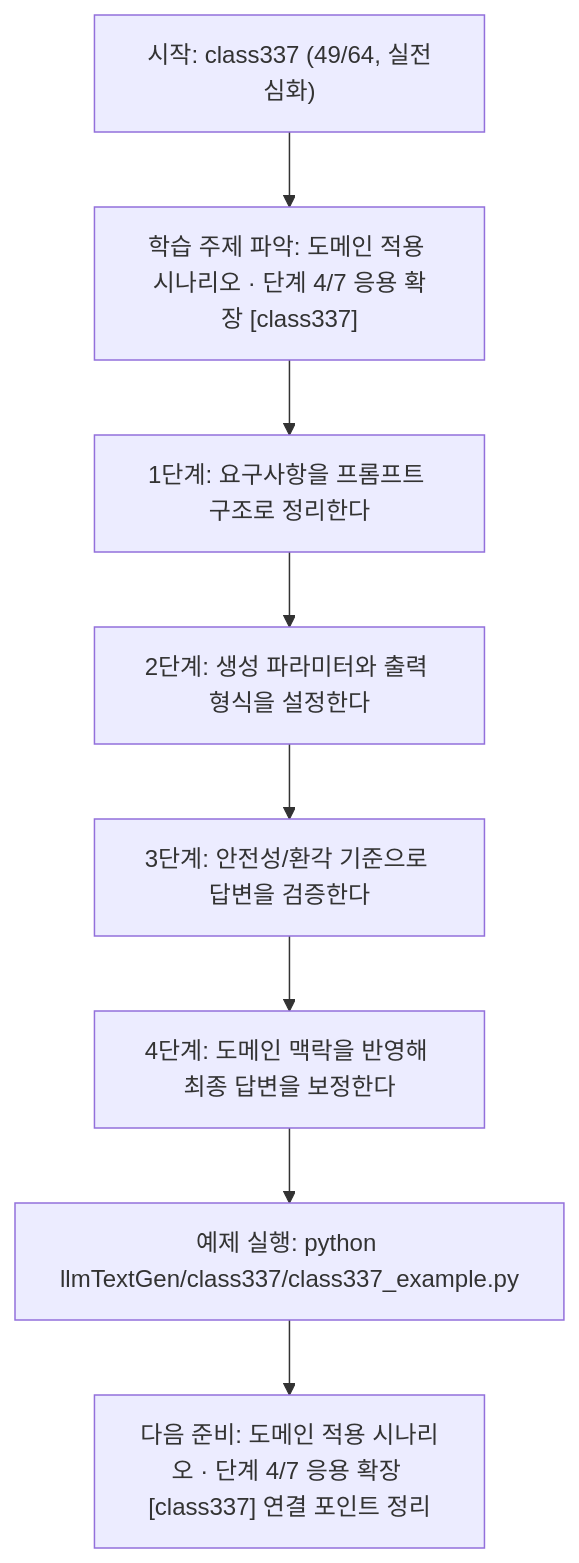
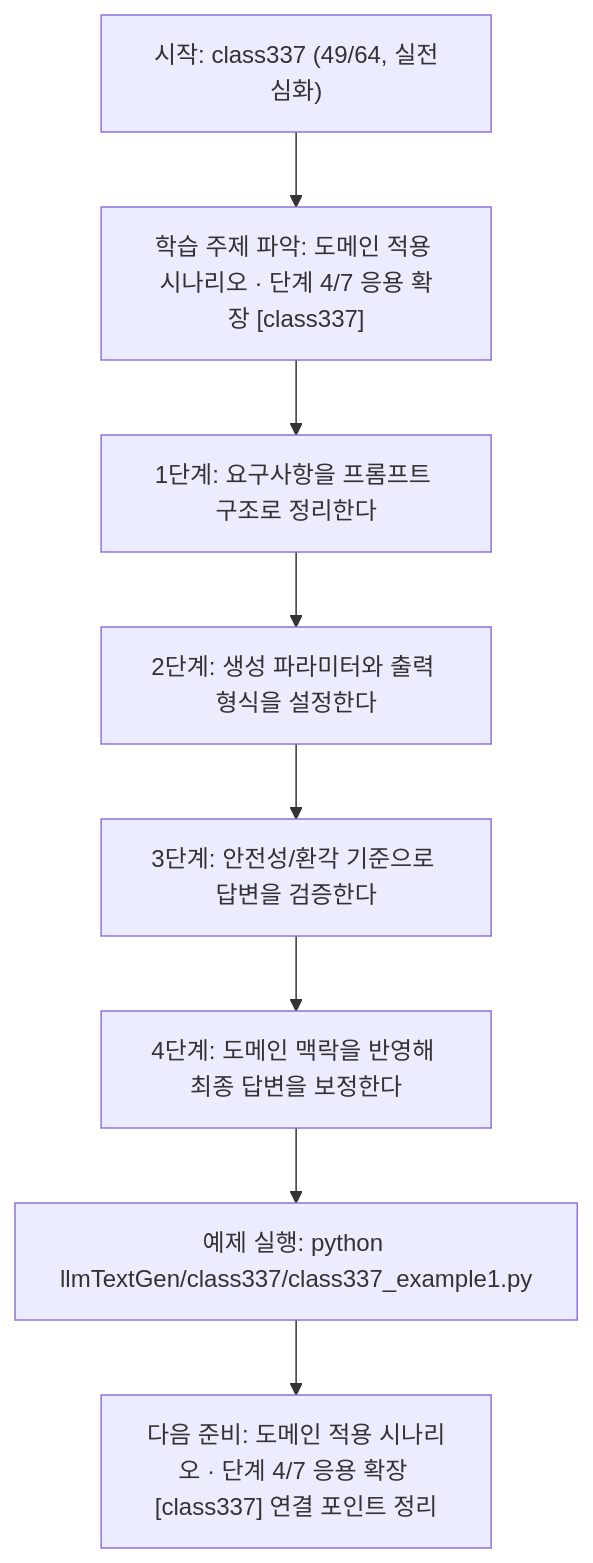
The diagram in llmTextGen/class337/class337.md (edumgt/Python-AI_Agent-Class), drawn with Mermaid before and after one commit. The commit also changed other lines of this file and 2959 other files, not shown here.

````diff
--- a/llmTextGen/class337/class337.md
+++ b/llmTextGen/class337/class337.md
@@ -114,18 +114,18 @@
 ```mermaid
 flowchart TD
 N1["시작: class337 (49/64, 실전심화)"]
 N2["학습 주제 파악: 도메인 적용 시나리오 · 단계 4/7 응용 확장 [class337]"]
 N3["1단계: 요구사항을 프롬프트 구조로 정리한다"]
 N4["2단계: 생성 파라미터와 출력 형식을 설정한다"]
 N5["3단계: 안전성/환각 기준으로 답변을 검증한다"]
 N6["4단계: 도메인 맥락을 반영해 최종 답변을 보정한다"]
-N7["예제 실행: python llmTextGen/class337/class337_example.py"]
+N7["예제 실행: python llmTextGen/class337/class337_example1.py"]
 N8["다음 준비: 도메인 적용 시나리오 · 단계 4/7 응용 확장 [class337] 연결 포인트 정리"]
 N1 --> N2
 N2 --> N3
 N3 --> N4
 N4 --> N5
 N5 --> N6
 N6 --> N7
 N7 --> N8
 ```
````
